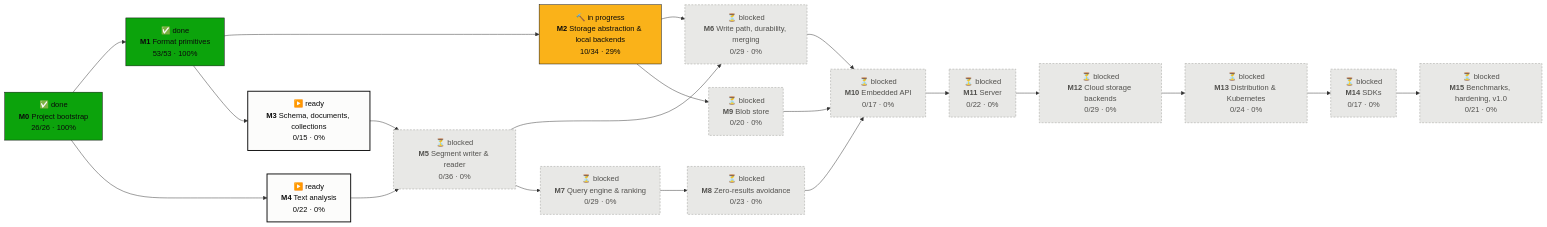
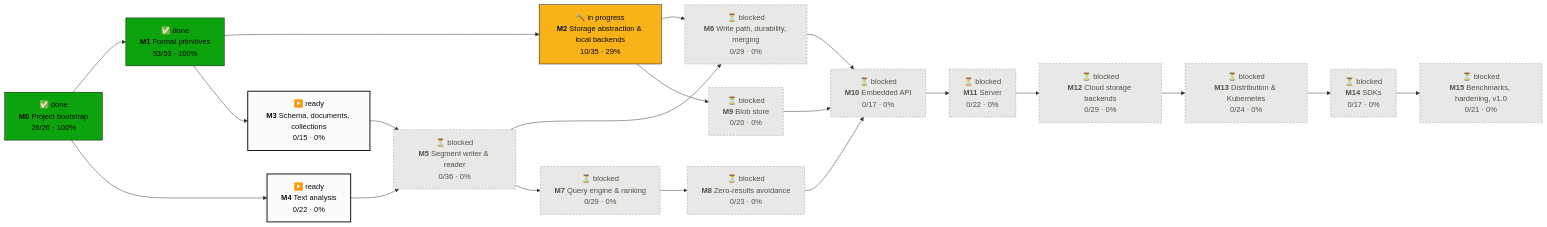
One commit to tomiok/persiaDB changed the first of 2 diagrams in PROGRESS.md. Above: the diagram before and after it, drawn with Mermaid. The commit also changed other lines of this file and 5 other files, not shown here.

````diff
--- a/PROGRESS.md
+++ b/PROGRESS.md
@@ -14,42 +14,42 @@
 ```mermaid
 flowchart LR
   M0["✅ done<br/><b>M0</b> Project bootstrap<br/>26/26 · 100%"]:::done
   M1["✅ done<br/><b>M1</b> Format primitives<br/>53/53 · 100%"]:::done
-  M2["🔨 in progress<br/><b>M2</b> Storage abstraction & local backends<br/>10/34 · 29%"]:::doing
+  M2["🔨 in progress<br/><b>M2</b> Storage abstraction & local backends<br/>10/35 · 29%"]:::doing
   M3["▶️ ready<br/><b>M3</b> Schema, documents, collections<br/>0/15 · 0%"]:::ready
   M4["▶️ ready<br/><b>M4</b> Text analysis<br/>0/22 · 0%"]:::ready
   M5["⏳ blocked<br/><b>M5</b> Segment writer & reader<br/>0/36 · 0%"]:::blocked
   M6["⏳ blocked<br/><b>M6</b> Write path, durability, merging<br/>0/29 · 0%"]:::blocked
   M7["⏳ blocked<br/><b>M7</b> Query engine & ranking<br/>0/29 · 0%"]:::blocked
   M8["⏳ blocked<br/><b>M8</b> Zero-results avoidance<br/>0/23 · 0%"]:::blocked
   M9["⏳ blocked<br/><b>M9</b> Blob store<br/>0/20 · 0%"]:::blocked
   M10["⏳ blocked<br/><b>M10</b> Embedded API<br/>0/17 · 0%"]:::blocked
   M11["⏳ blocked<br/><b>M11</b> Server<br/>0/22 · 0%"]:::blocked
   M12["⏳ blocked<br/><b>M12</b> Cloud storage backends<br/>0/29 · 0%"]:::blocked
   M13["⏳ blocked<br/><b>M13</b> Distribution & Kubernetes<br/>0/24 · 0%"]:::blocked
   M14["⏳ blocked<br/><b>M14</b> SDKs<br/>0/17 · 0%"]:::blocked
   M15["⏳ blocked<br/><b>M15</b> Benchmarks, hardening, v1.0<br/>0/21 · 0%"]:::blocked
   M0 --> M1
   M1 --> M2
   M1 --> M3
   M0 --> M4
   M3 --> M5
   M4 --> M5
   M2 --> M6
   M5 --> M6
   M5 --> M7
   M7 --> M8
   M2 --> M9
   M6 --> M10
   M8 --> M10
   M9 --> M10
   M10 --> M11
   M11 --> M12
   M12 --> M13
   M13 --> M14
   M14 --> M15
   classDef done fill:#0ca30c,stroke:#0b0b0b,color:#0b0b0b
   classDef doing fill:#fab219,stroke:#0b0b0b,color:#0b0b0b
   classDef ready fill:#fcfcfb,stroke:#0b0b0b,stroke-width:2px,color:#0b0b0b
   classDef blocked fill:#e8e8e6,stroke:#9a9a96,stroke-dasharray:4 3,color:#52514e
 ```
````
